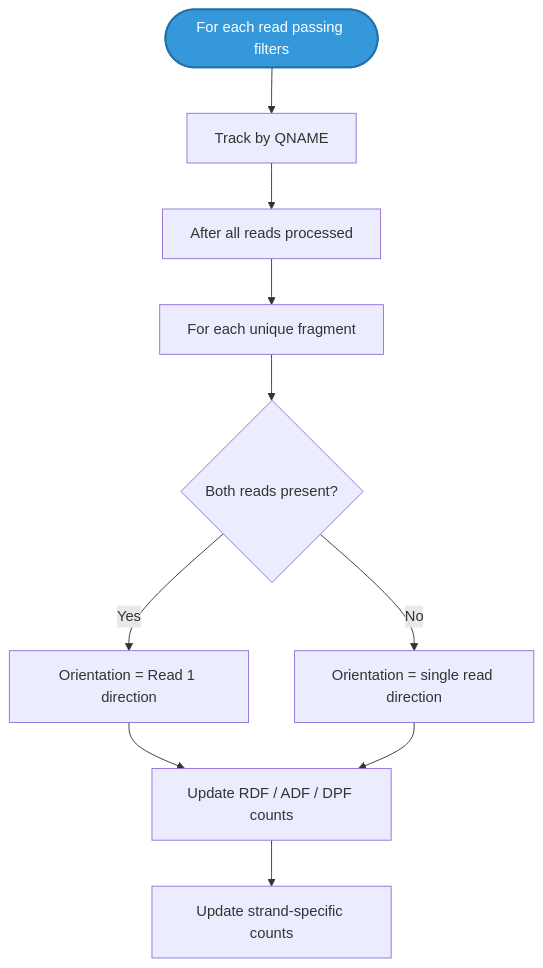
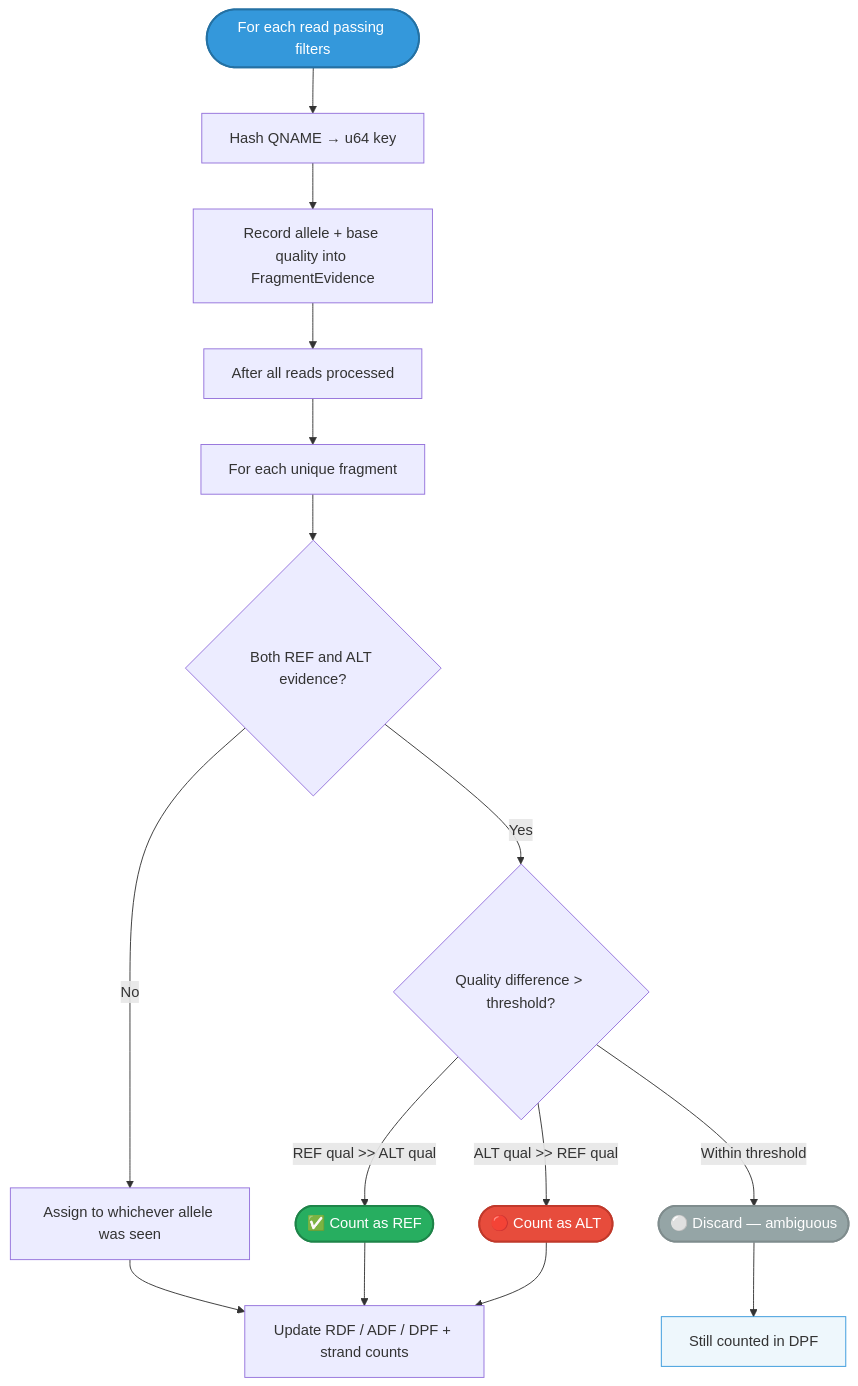
Before and after one commit to msk-access/py-gbcms: the ninth of 10 diagrams in docs/reference/variant-counting.md, drawn with Mermaid. The commit also changed other lines of this file and 6 other files, not shown here.

First line of the commit message:
fix: discard ambiguous fragments and expose --fragment-qual-threshold

````diff
--- a/docs/reference/variant-counting.md
+++ b/docs/reference/variant-counting.md
@@ -570,15 +570,25 @@
 ```mermaid
 flowchart TD
     Start([For each read passing filters]):::start
-    Start --> Track[Track by QNAME]
-    Track --> Done[After all reads processed]
+    Start --> Hash["Hash QNAME → u64 key"]
+    Hash --> Observe["Record allele + base quality into FragmentEvidence"]
+    Observe --> Done[After all reads processed]
     Done --> ForEach[For each unique fragment]
-    ForEach --> HasBoth{Both reads present?}
-    HasBoth -->|Yes| Orient1[Orientation = Read 1 direction]
-    HasBoth -->|No| Orient2[Orientation = single read direction]
-    Orient1 --> Allele
-    Orient2 --> Allele
-    Allele[Update RDF / ADF / DPF counts] --> Strand[Update strand-specific counts]
+    ForEach --> HasBoth{Both REF and ALT evidence?}
+    HasBoth -->|No| Direct[Assign to whichever allele was seen]
+    HasBoth -->|Yes| QualCheck{"Quality difference > threshold?"}
+    QualCheck -->|"REF qual >> ALT qual"| Ref([✅ Count as REF]):::ref
+    QualCheck -->|"ALT qual >> REF qual"| Alt([🔴 Count as ALT]):::alt
+    QualCheck -->|"Within threshold"| Discard([⚪ Discard — ambiguous]):::discard
+    Direct --> Count
+    Ref --> Count
+    Alt --> Count
+    Discard --> DPF["Still counted in DPF"]:::info
+    Count[Update RDF / ADF / DPF + strand counts]
 
     classDef start fill:#3498db,color:#fff,stroke:#2471a3,stroke-width:2px;
+    classDef ref fill:#27ae60,color:#fff,stroke:#1e8449,stroke-width:2px;
+    classDef alt fill:#e74c3c,color:#fff,stroke:#c0392b,stroke-width:2px;
+    classDef discard fill:#95a5a6,color:#fff,stroke:#7f8c8d,stroke-width:2px;
+    classDef info fill:#3498db15,stroke:#3498db;
 ```
````
